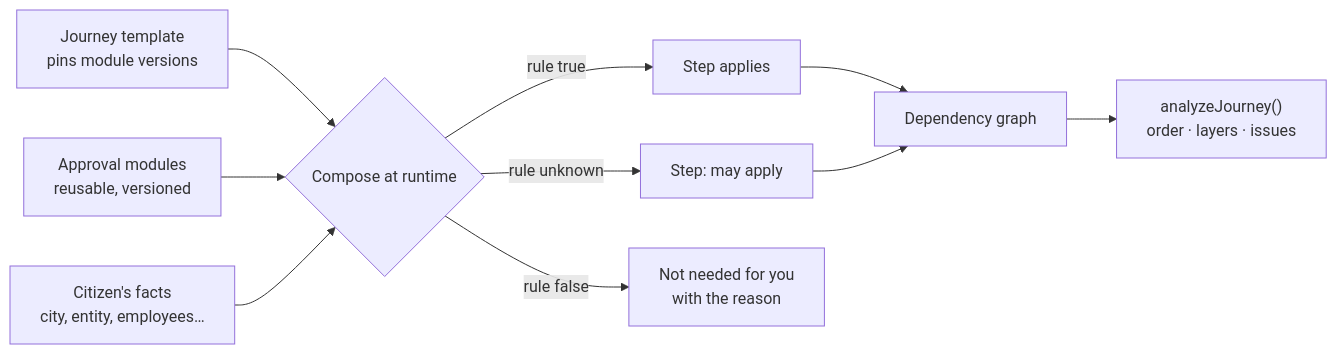
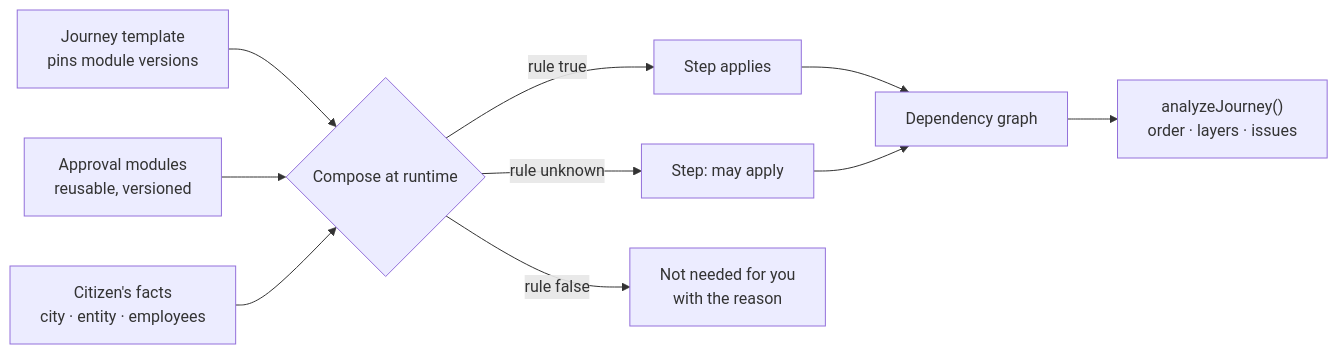
Before and after one commit to Gurpreet-pixel-hue/DamnSon: the first of 4 diagrams in docs/ppt-assets/slidedeck-prompt.md, drawn with Mermaid. The commit also changed other lines of this file and 1 other file, not shown here.

````diff
--- a/docs/ppt-assets/slidedeck-prompt.md
+++ b/docs/ppt-assets/slidedeck-prompt.md
@@ -66,12 +60,12 @@
 ```mermaid
 flowchart LR
   T["Journey template<br/>pins module versions"] --> C{"Compose at runtime"}
   M["Approval modules<br/>reusable, versioned"] --> C
-  F["Citizen's facts<br/>city, entity, employees…"] --> C
+  F["Citizen's facts<br/>city · entity · employees"] --> C
   C -->|rule true| A["Step applies"]
   C -->|rule unknown| B["Step: may apply"]
   C -->|rule false| D["Not needed for you<br/>with the reason"]
   A --> G["Dependency graph"]
   B --> G
   G --> V["analyzeJourney()<br/>order · layers · issues"]
 ```
````
